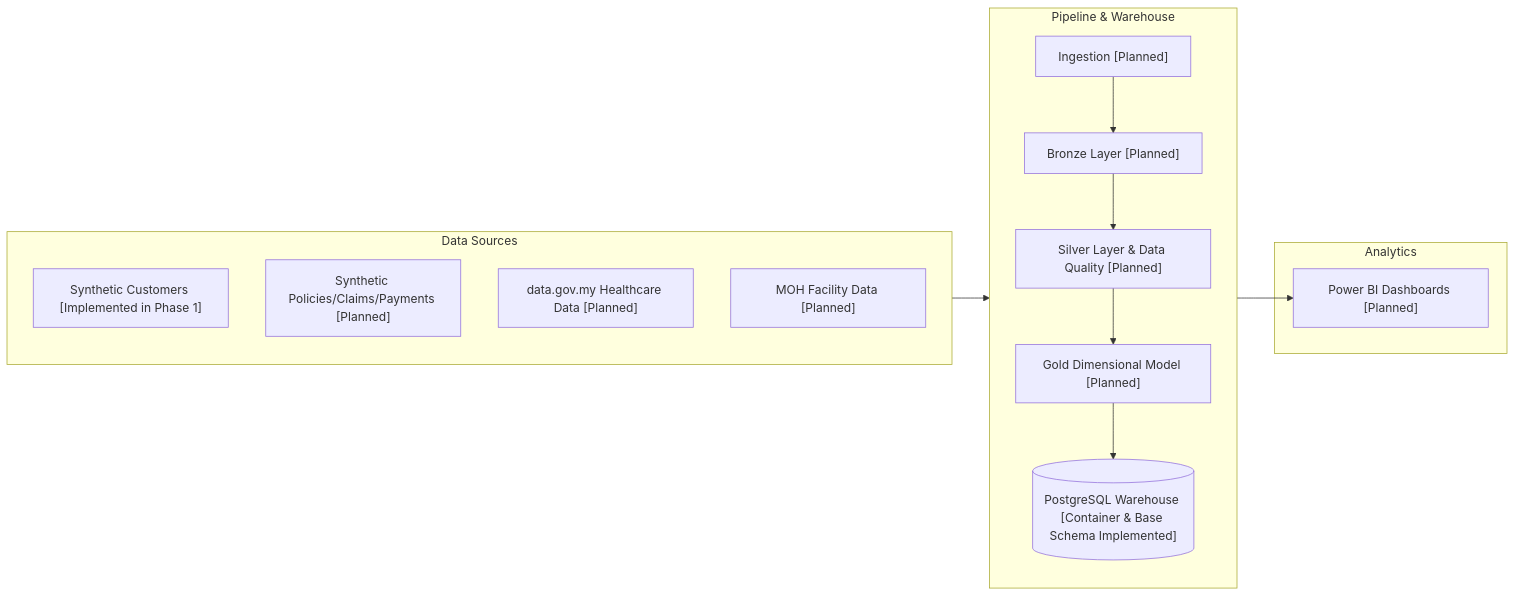
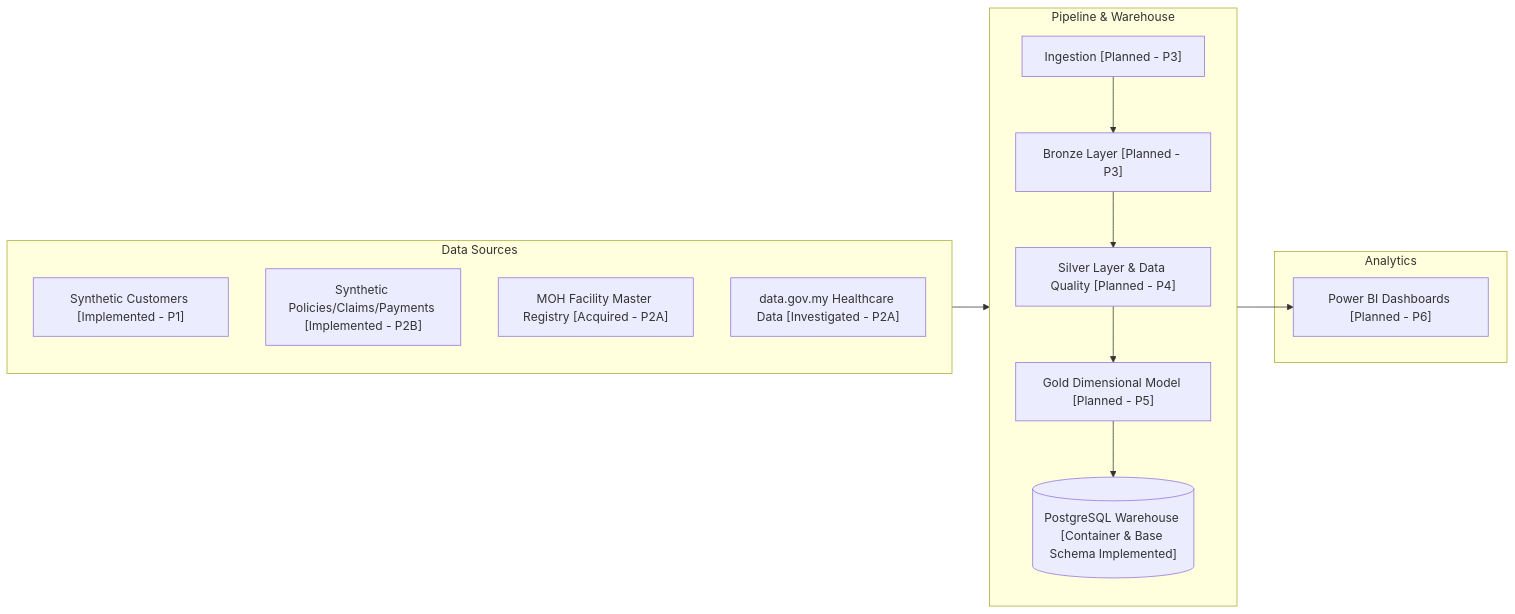
Before and after one commit to danieleiqwan/insureflow-data-platform: the diagram in README.md, drawn with Mermaid. The commit also changed other lines of this file and 16 other files, not shown here.

First line of the commit message:
feat(phase-2b): add synthetic policy, claim, and payment generators with facility reference

````diff
--- a/README.md
+++ b/README.md
@@ -12,25 +12,25 @@
 ```mermaid
 flowchart LR
     subgraph S1[Data Sources]
         direction TB
-        G1["Synthetic Customers [Implemented in Phase 1]"]
-        G2["Synthetic Policies/Claims/Payments [Planned]"]
-        D1["data.gov.my Healthcare Data [Planned]"]
-        D2["MOH Facility Data [Planned]"]
+        G1["Synthetic Customers [Implemented - P1]"]
+        G2["Synthetic Policies/Claims/Payments [Implemented - P2B]"]
+        D1["MOH Facility Master Registry [Acquired - P2A]"]
+        D2["data.gov.my Healthcare Data [Investigated - P2A]"]
     end
 
     subgraph S2[Pipeline & Warehouse]
         direction TB
-        ING["Ingestion [Planned]"]
-        BRZ["Bronze Layer [Planned]"]
-        SLV["Silver Layer & Data Quality [Planned]"]
-        GLD["Gold Dimensional Model [Planned]"]
+        ING["Ingestion [Planned - P3]"]
+        BRZ["Bronze Layer [Planned - P3]"]
+        SLV["Silver Layer & Data Quality [Planned - P4]"]
+        GLD["Gold Dimensional Model [Planned - P5]"]
         PG[("PostgreSQL Warehouse [Container & Base Schema Implemented]")]
     end
 
     subgraph S3[Analytics]
-        PBI["Power BI Dashboards [Planned]"]
+        PBI["Power BI Dashboards [Planned - P6]"]
     end
 
     S1 --> ING --> BRZ --> SLV --> GLD --> PG --> PBI
 ```
````
